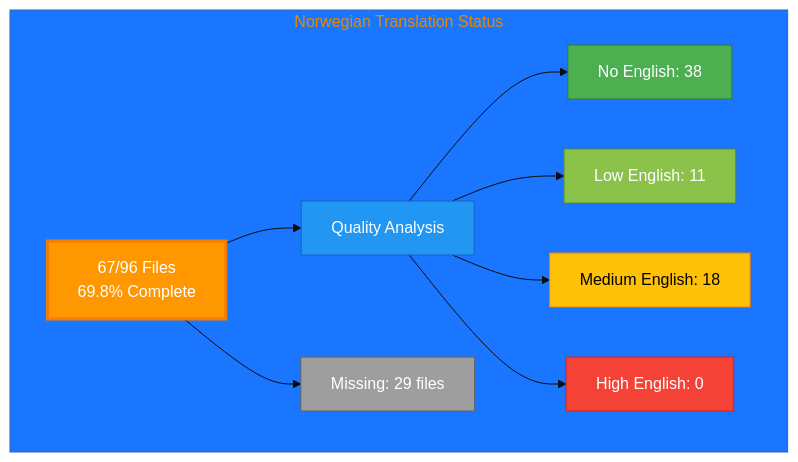
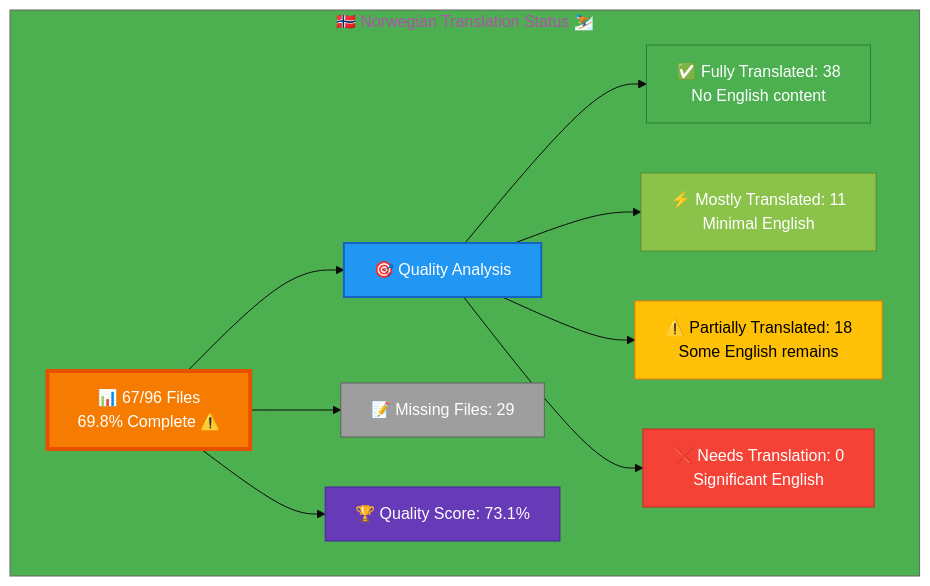
One commit to Hack23/homepage changed the diagram in Norwegian-Translation-Status.md. Above: the diagram before and after it, drawn with Mermaid. The commit also changed other lines of this file and 26 other files, not shown here.

Commit message:
Complete validation & enhancement: icons, color-coded Mermaid diagrams, accuracy verified for all 26 files

````diff
--- a/Norwegian-Translation-Status.md
+++ b/Norwegian-Translation-Status.md
@@ -11,22 +12,26 @@
 ```mermaid
-%%{init: {'theme':'base', 'themeVariables': { 'primaryColor':'#FF9800'}}}%%
+%%{init: {'theme':'base', 'themeVariables': {'primaryColor':'#F57C00','secondaryColor':'#2196F3','tertiaryColor':'#4CAF50','fontSize':'16px'}}}%%
 graph TB
-    subgraph "Norwegian Translation Status"
-        A[67/96 Files<br/>69.8% Complete]
-        A --> B[Quality Analysis]
-        B --> C[No English: 38]
-        B --> D[Low English: 11]
-        B --> E[Medium English: 18]
-        B --> F[High English: 0]
+    subgraph "🇳🇴 Norwegian Translation Status ⛷️"
+        A["📊 67/96 Files<br/>69.8% Complete ⚠️"]
         
-        A --> G[Missing: 29 files]
+        A --> B["🎯 Quality Analysis"]
+        B --> C["✅ Fully Translated: 38<br/>No English content"]
+        B --> D["⚡ Mostly Translated: 11<br/>Minimal English"]
+        B --> E["⚠️  Partially Translated: 18<br/>Some English remains"]
+        B --> F["❌ Needs Translation: 0<br/>Significant English"]
         
-        style A fill:#FF9800,stroke:#F57C00,color:#fff,stroke-width:3px
-        style B fill:#2196F3,stroke:#1565C0,color:#fff
+        A --> G["📝 Missing Files: 29"]
+        
+        A --> H["🏆 Quality Score: 73.1%"]
+        
+        style A fill:#F57C00,stroke:#E65100,color:#fff,stroke-width:4px
+        style B fill:#2196F3,stroke:#1565C0,color:#fff,stroke-width:2px
         style C fill:#4CAF50,stroke:#2E7D32,color:#fff
         style D fill:#8BC34A,stroke:#558B2F,color:#fff
         style E fill:#FFC107,stroke:#F57C00,color:#000
         style F fill:#F44336,stroke:#C62828,color:#fff
         style G fill:#9E9E9E,stroke:#616161,color:#fff
+        style H fill:#673AB7,stroke:#4527A0,color:#fff
     end
 ```
````
